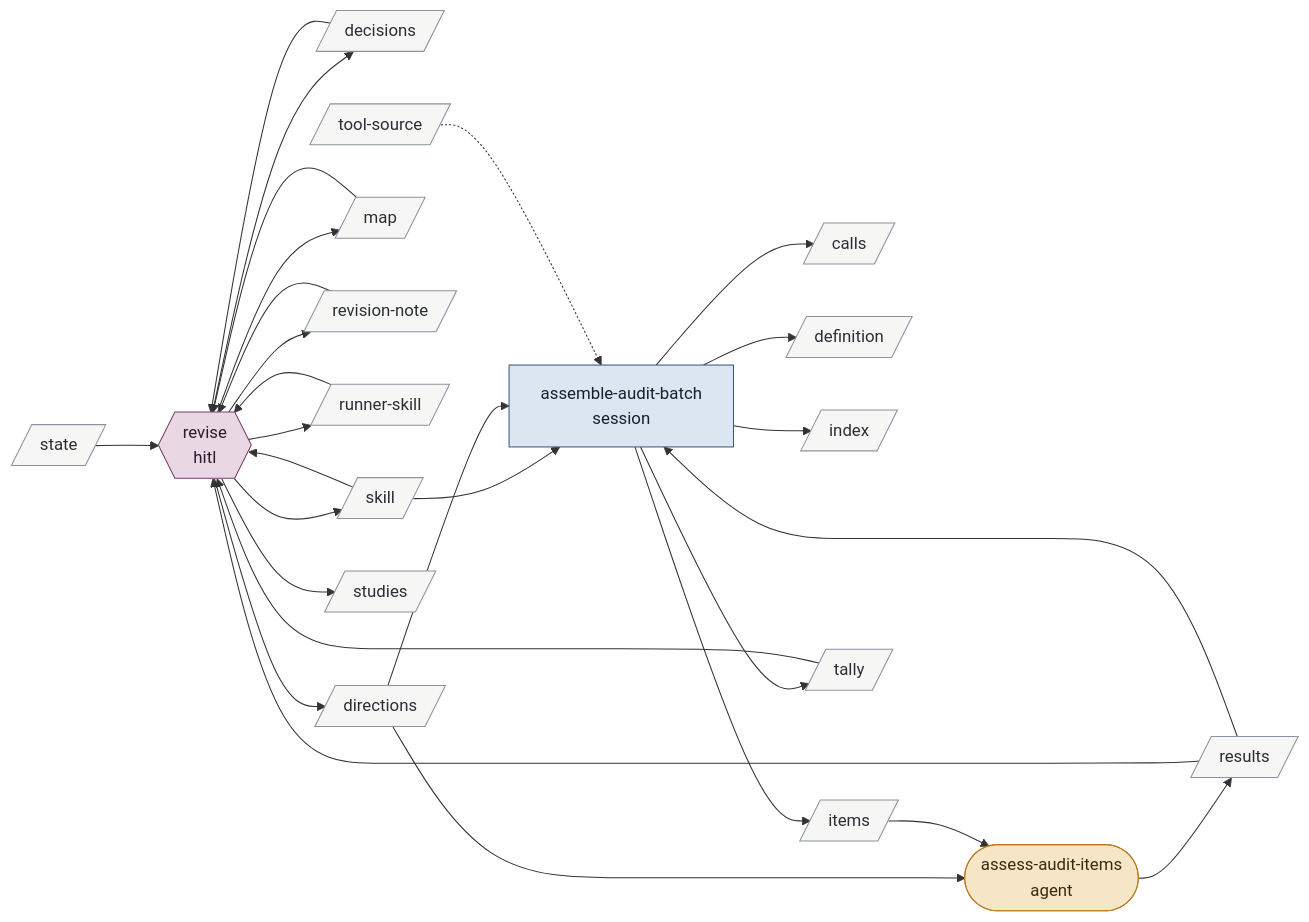
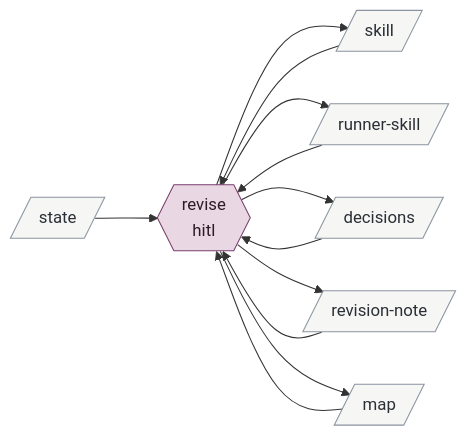
Before and after one commit to bc414/StoryPlanner: diagram 16 of 17 in .claude/skills/v3-buildout-2/map.md, drawn with Mermaid. The commit also changed other lines of this file and 67 other files, not shown here.

````diff
--- a/.claude/skills/v3-buildout-2/map.md
+++ b/.claude/skills/v3-buildout-2/map.md
@@ -660,55 +735,28 @@
 ```mermaid
 flowchart LR
   classDef hitl fill:#e9d8e4,stroke:#7a3e6d,color:#2b1a27
   classDef session fill:#dce6f0,stroke:#3b5b7c,color:#14202c
   classDef agent fill:#f5e6c8,stroke:#b7791f,color:#3a2a08
   classDef artifact fill:#f6f6f4,stroke:#8a94a0,color:#2a2f36
   classDef activity fill:#dcebdd,stroke:#4b7f52,color:#122816
   classDef terminus fill:#e4e4ea,stroke:#5b5b7a,color:#1c1c2c
   revise{{"revise<br/>hitl"}}:::hitl
-  assembleauditbatch["assemble-audit-batch<br/>session"]:::session
-  assessaudititems(["assess-audit-items<br/>agent"]):::agent
-  calls[/"calls"/]:::artifact
   decisions[/"decisions"/]:::artifact
-  definition[/"definition"/]:::artifact
-  directions[/"directions"/]:::artifact
-  index[/"index"/]:::artifact
-  items[/"items"/]:::artifact
   map[/"map"/]:::artifact
-  results[/"results"/]:::artifact
   revisionnote[/"revision-note"/]:::artifact
   runnerskill[/"runner-skill"/]:::artifact
   skill[/"skill"/]:::artifact
   state[/"state"/]:::artifact
-  studies[/"studies"/]:::artifact
-  tally[/"tally"/]:::artifact
-  toolsource[/"tool-source"/]:::artifact
 
   skill --> revise
   runnerskill --> revise
   map --> revise
   state --> revise
   revisionnote --> revise
   decisions --> revise
-  results --> revise
-  tally --> revise
   revise --> skill
   revise --> runnerskill
   revise --> decisions
   revise --> revisionnote
   revise --> map
-  revise --> studies
-  revise --> directions
-  skill --> assembleauditbatch
-  directions --> assembleauditbatch
-  results --> assembleauditbatch
-  toolsource -.-> assembleauditbatch
-  assembleauditbatch --> definition
-  assembleauditbatch --> index
-  assembleauditbatch --> items
-  assembleauditbatch --> calls
-  assembleauditbatch --> tally
-  directions --> assessaudititems
-  items --> assessaudititems
-  assessaudititems --> results
 ```
````
